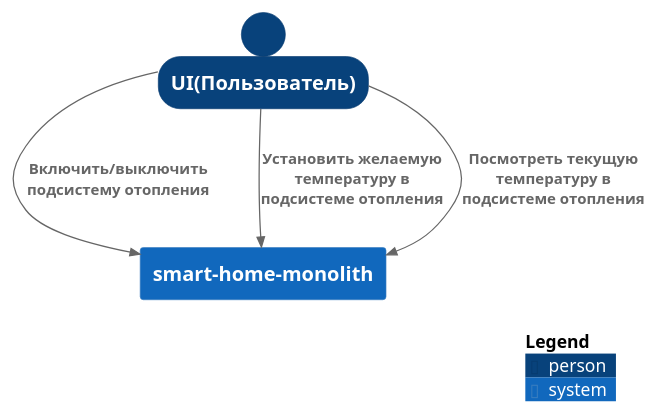
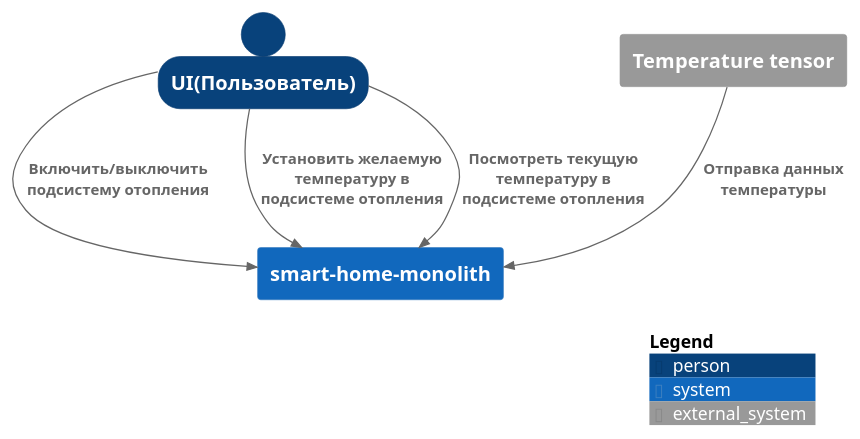
The diagram in diagrams/context/context.puml (NikolayPol/architecture-microservices), drawn with PlantUML before and after one commit. The commit also changed 4 other files, not shown here.

Commit message:
diagrams updated

```diff
--- a/diagrams/context/context.puml
+++ b/diagrams/context/context.puml
@@ -1,16 +1,19 @@
 @startuml
 !include ../templates/C4_Context.puml
 
 SHOW_PERSON_OUTLINE()
 
 Person(user, "UI(Пользователь)")
 
 System(monolith, "smart-home-monolith")
+System_Ext(tensor, "Temperature tensor")
 
 Rel(user, monolith, "Включить/выключить подсистему отопления")
 Rel(user, monolith, "Установить желаемую температуру в подсистеме отопления")
 Rel(user, monolith, "Посмотреть текущую температуру в подсистеме отопления")
 
+Rel(tensor, monolith, "Отправка данных температуры")
+
 SHOW_LEGEND()
 
 @enduml
```
